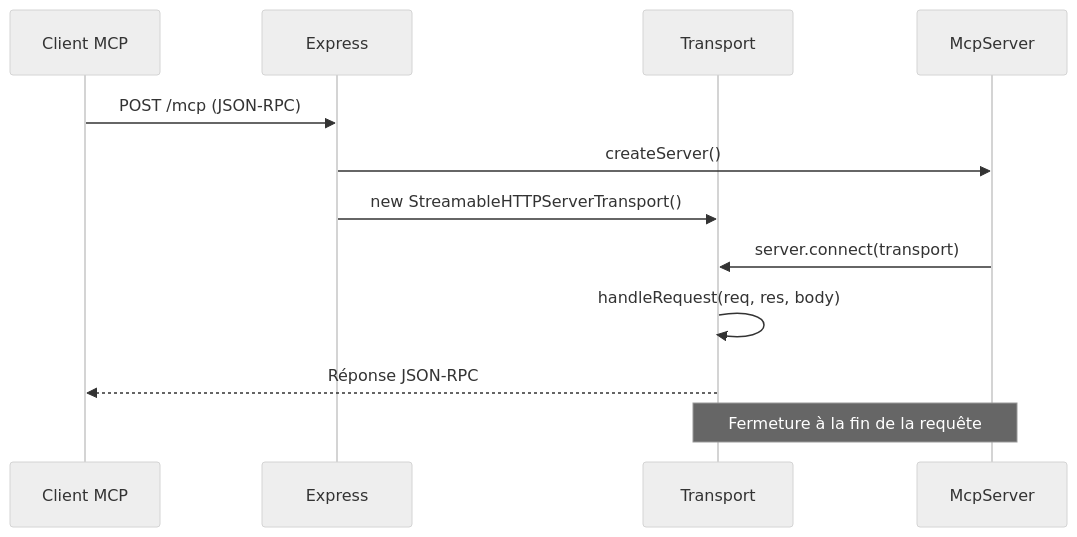
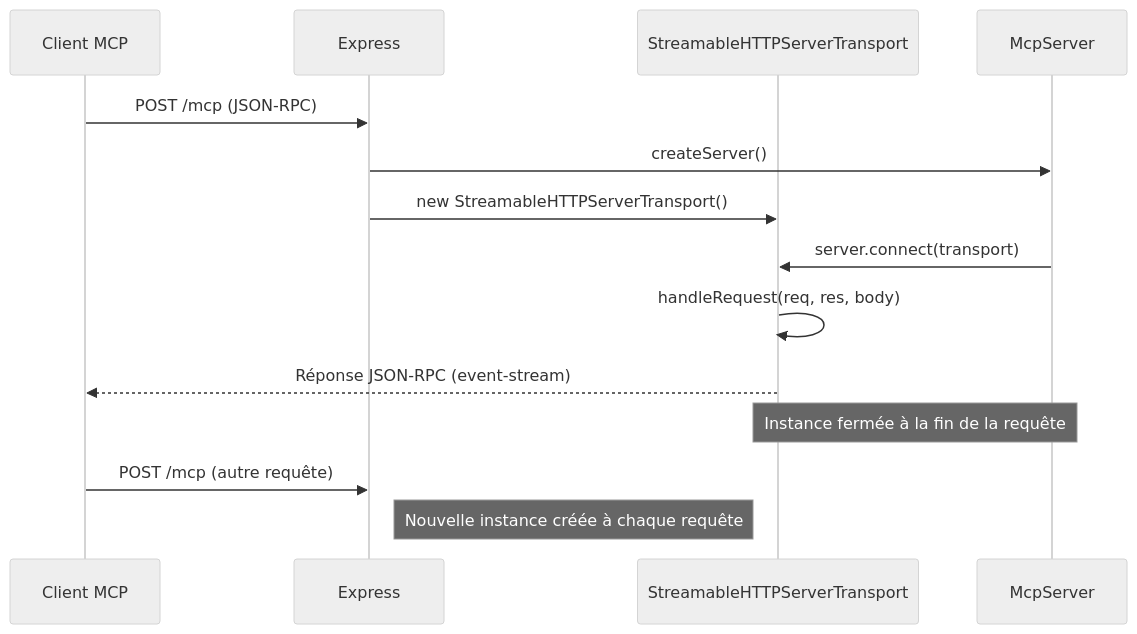
One commit to MAIF/risques-majeurs-mcp changed the third of 4 diagrams in documentation/docs/architecture.mdx. Above: the diagram before and after it, drawn with Mermaid (neutral theme). The commit also changed other lines of this file, not shown here.

Commit message:
update architecture

````diff
--- a/documentation/docs/architecture.mdx
+++ b/documentation/docs/architecture.mdx
@@ -74,15 +107,17 @@
 ```mermaid
 sequenceDiagram
     participant C as Client MCP
     participant E as Express
-    participant T as Transport
+    participant T as StreamableHTTPServerTransport
     participant S as McpServer
 
     C->>E: POST /mcp (JSON-RPC)
     E->>S: createServer()
     E->>T: new StreamableHTTPServerTransport()
     S->>T: server.connect(transport)
     T->>T: handleRequest(req, res, body)
-    T-->>C: Réponse JSON-RPC
-    Note over T,S: Fermeture à la fin de la requête
+    T-->>C: Réponse JSON-RPC (event-stream)
+    Note over T,S: Instance fermée à la fin de la requête
+    C->>E: POST /mcp (autre requête)
+    Note right of E: Nouvelle instance créée à chaque requête
 ```
````
